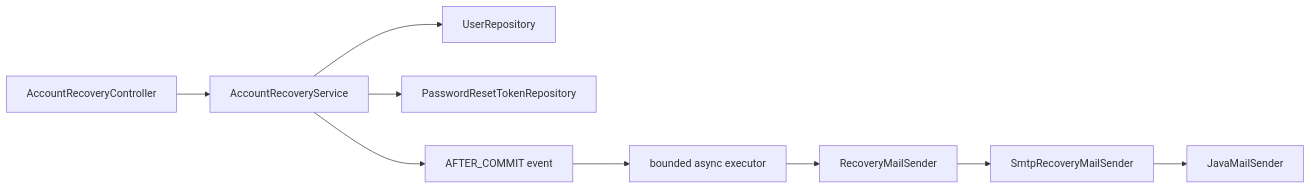
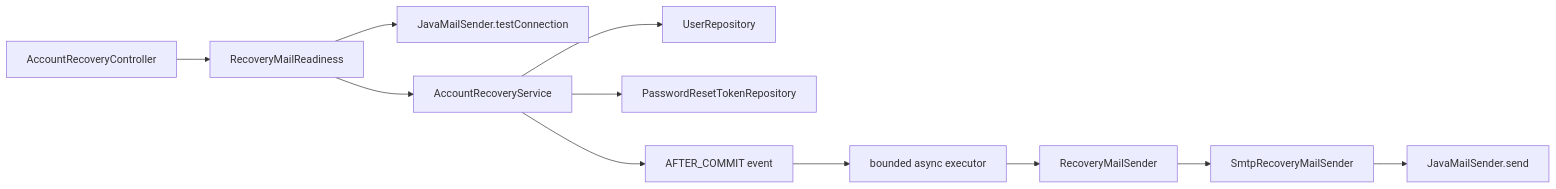
One commit to stdiodh/spring-boot-db-access-lab changed the second of 2 diagrams in docs/theory.md. Above: the diagram before and after it, drawn with Mermaid. The commit also changed other lines of this file and 13 other files, not shown here.

````diff
--- a/docs/theory.md
+++ b/docs/theory.md
@@ -117,11 +122,13 @@
 ```mermaid
 flowchart LR
-    A["AccountRecoveryController"] --> B["AccountRecoveryService"]
+    A["AccountRecoveryController"] --> P["RecoveryMailReadiness"]
+    P --> Q["JavaMailSender.testConnection"]
+    P --> B["AccountRecoveryService"]
     B --> C["UserRepository"]
     B --> D["PasswordResetTokenRepository"]
     B --> E["AFTER_COMMIT event"]
     E --> F["bounded async executor"]
     F --> G["RecoveryMailSender"]
     G --> H["SmtpRecoveryMailSender"]
-    H --> I["JavaMailSender"]
+    H --> I["JavaMailSender.send"]
 ```
````
